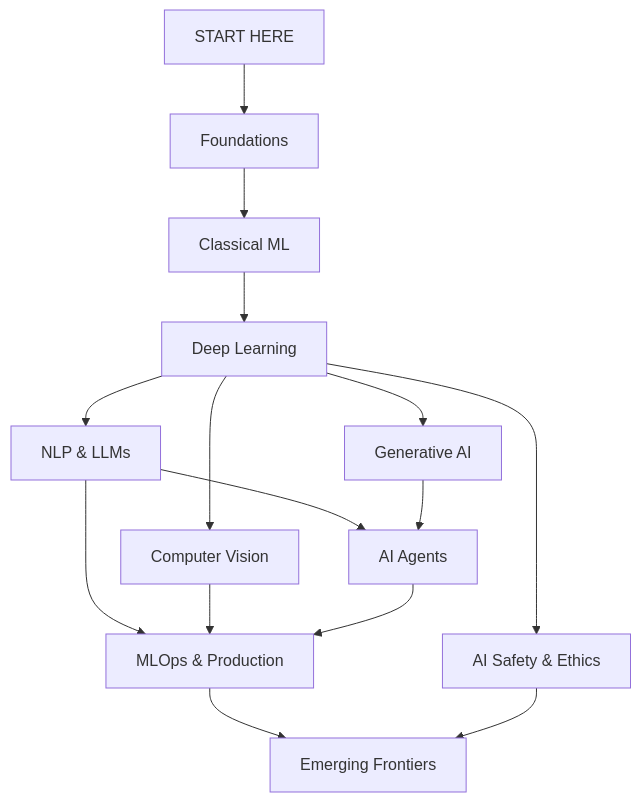
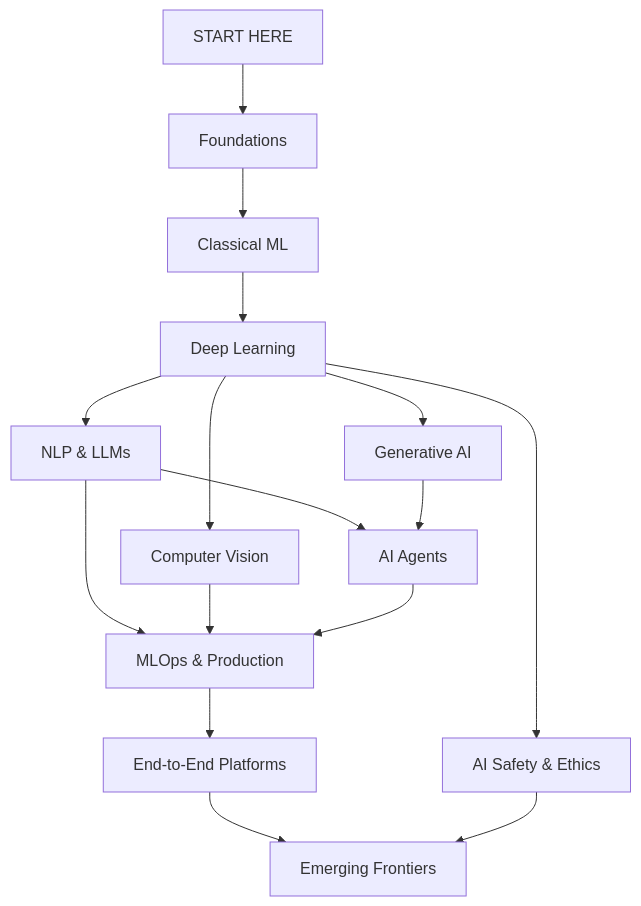
Before and after one commit to JuanLara18/awesome-ai-roadmap: the diagram in README.md, drawn with Mermaid. The commit also changed other lines of this file, not shown here.

Commit message:
Update README to include new section on End-to-End AI Platforms, detailing deployment paradigms and key topics such as cloud ML platforms, managed solutions, and local hosting options. Adjusted MLOps references to reflect the new structure and improved navigation within the document.

````diff
--- a/README.md
+++ b/README.md
@@ -17,17 +17,18 @@
 ```mermaid
 graph TD
     Start["START HERE"] --> F["Foundations"]
     F --> CML["Classical ML"]
     CML --> DL["Deep Learning"]
     DL --> NLP["NLP & LLMs"]
     DL --> CV["Computer Vision"]
     DL --> GenAI["Generative AI"]
     NLP --> Agents["AI Agents"]
     GenAI --> Agents
     NLP --> MLOps["MLOps & Production"]
     CV --> MLOps
     Agents --> MLOps
+    MLOps --> E2E["End-to-End Platforms"]
     DL --> Safety["AI Safety & Ethics"]
-    MLOps --> Frontiers["Emerging Frontiers"]
+    E2E --> Frontiers["Emerging Frontiers"]
     Safety --> Frontiers
 ```
````
